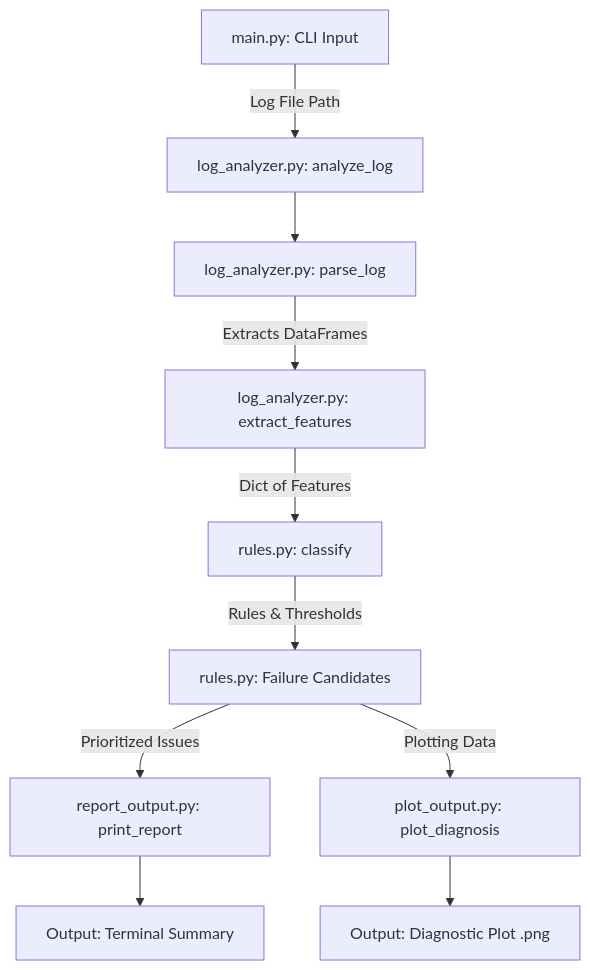
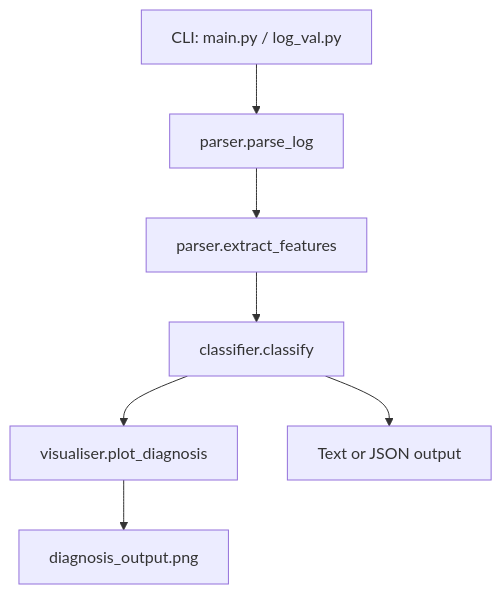
Before and after one commit to Dijo-404/alda: the diagram in README.md, drawn with Mermaid. The commit also changed other lines of this file, not shown here.

````diff
--- a/README.md
+++ b/README.md
@@ -34,12 +49,9 @@
 ```mermaid
 graph TD
-    A[main.py: CLI Input] -->|Log File Path| B[log_analyzer.py: analyze_log]
-    B --> C[log_analyzer.py: parse_log]
-    C -->|Extracts DataFrames| D[log_analyzer.py: extract_features]
-    D -->|Dict of Features| E[rules.py: classify]
-    E -->|Rules & Thresholds| F[rules.py: Failure Candidates]
-    F -->|Prioritized Issues| G[report_output.py: print_report]
-    F -->|Plotting Data| H[plot_output.py: plot_diagnosis]
-    H --> I[Output: Diagnostic Plot .png]
-    G --> J[Output: Terminal Summary]
+    A[CLI: main.py / log_val.py] --> B[parser.parse_log]
+    B --> C[parser.extract_features]
+    C --> D[classifier.classify]
+    D --> E[visualiser.plot_diagnosis]
+    D --> F[Text or JSON output]
+    E --> G[diagnosis_output.png]
 ```
````
